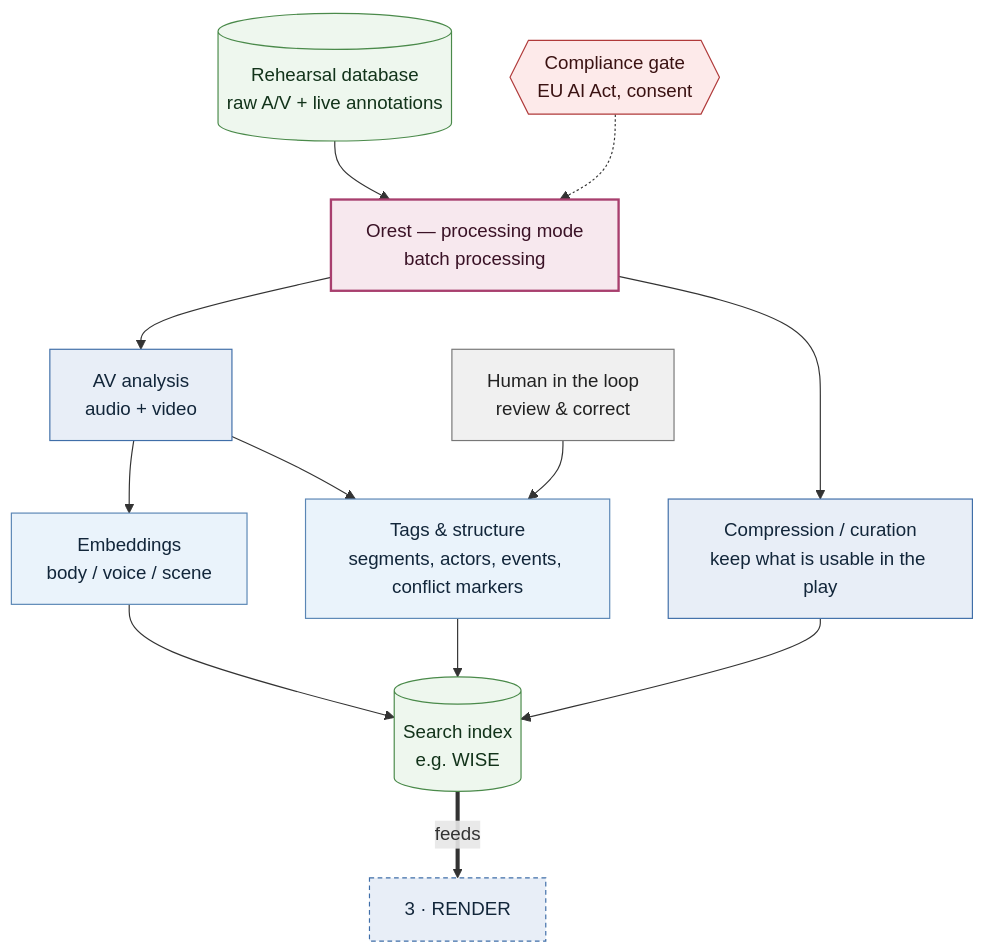
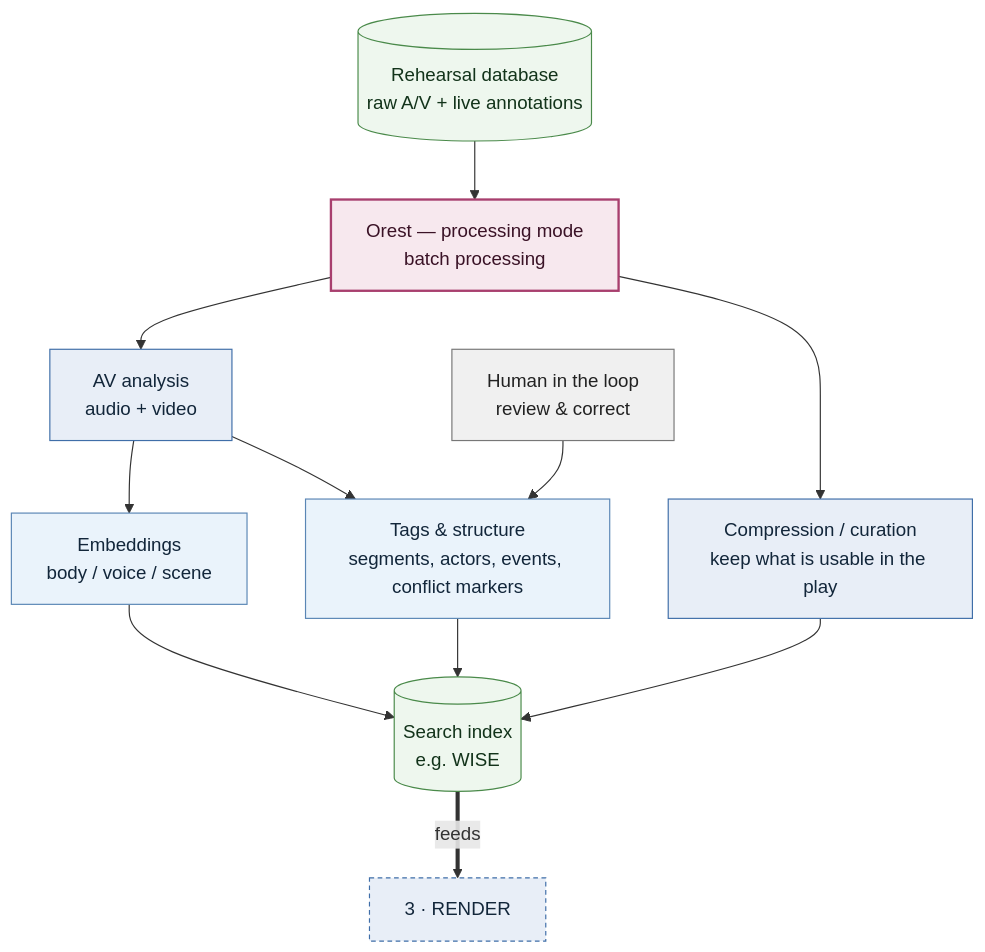
Before and after one commit to moe5555/orest: the third of 4 diagrams in knowledge/source_of_truth/pipeline.md, drawn with Mermaid. The commit also changed other lines of this file and 12 other files, not shown here.

````diff
--- a/knowledge/source_of_truth/pipeline.md
+++ b/knowledge/source_of_truth/pipeline.md
@@ -69,29 +62,28 @@
 ```mermaid
 graph TD;
     STORE[("Rehearsal database<br/>raw A/V + live annotations")]:::store --> ORE["Orest — processing mode<br/>batch processing"]:::orest;
 
     ORE --> AV["AV analysis<br/>audio + video"]:::proc;
 
     AV --> EMB["Embeddings<br/>body / voice / scene"]:::idx;
 
     AV --> TAG["Tags & structure<br/>segments, actors, events, conflict markers"]:::idx;
 
     EMB --> IDX[("Search index<br/>e.g. WISE")]:::store;
     TAG --> IDX;
 
     ORE --> COMP["Compression / curation<br/>keep what is usable in the play"]:::proc;
     COMP --> IDX;
 
-    GATE{{"Compliance gate<br/>EU AI Act, consent"}}:::gate -.-> ORE;
     HITL["Human in the loop<br/>review & correct"]:::human --> TAG;
 
     IDX ==>|feeds| NEXT["3 · RENDER"]:::mode;
 
     classDef store fill:#eef7ee,stroke:#4a8a4a,color:#12331a;
     classDef orest fill:#f7e8ee,stroke:#a83f6e,stroke-width:2px,color:#3a1226;
     classDef proc fill:#e8eef7,stroke:#3f6ea8,color:#12263a;
     classDef idx fill:#eaf3fb,stroke:#5a86b5,color:#12263a;
     classDef human fill:#f0f0f0,stroke:#777,color:#222;
     classDef gate fill:#fdeaea,stroke:#b03a3a,color:#3a1212;
     classDef mode fill:#e8eef7,stroke:#3f6ea8,stroke-dasharray:4 3,color:#12263a;
 ```
````
